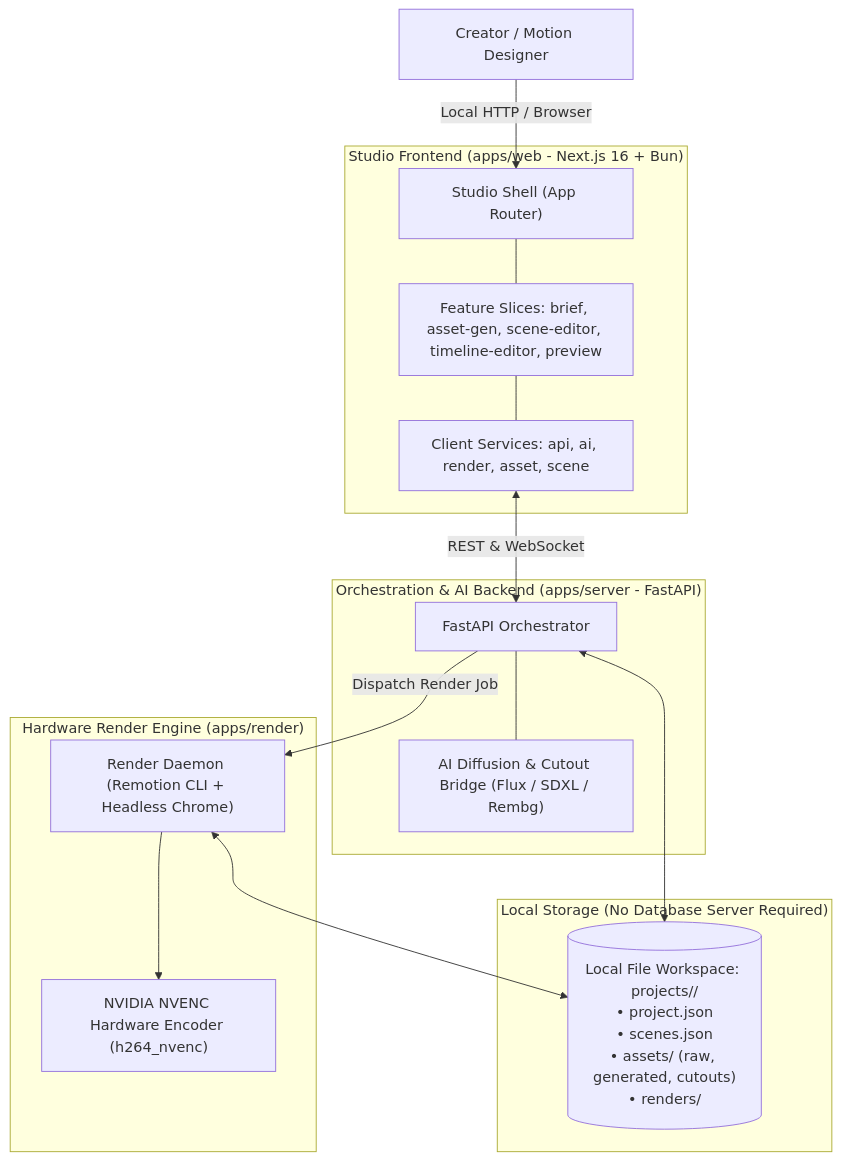
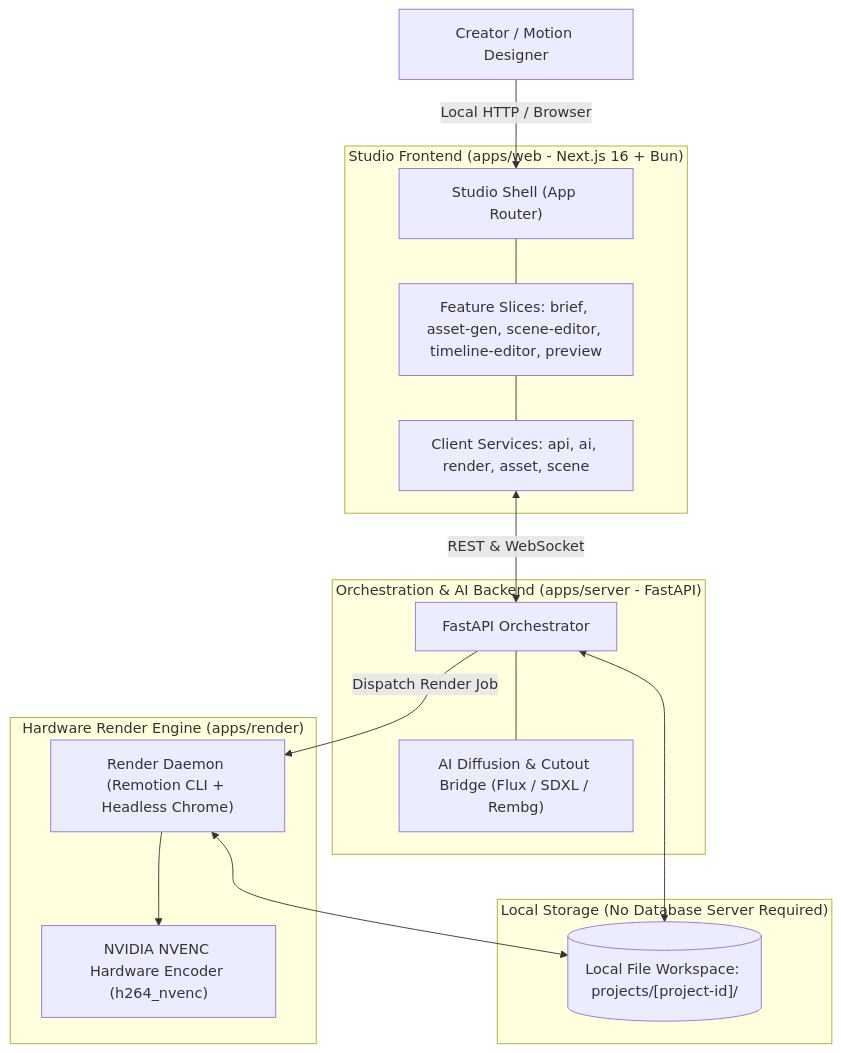
The diagram in docs/architecture/SYSTEM_OVERVIEW.md (hoanglong2206/Video-Tool), drawn with Mermaid before and after one commit. The commit also changed 8 other files, not shown here.

First line of the commit message:
fix(docs): fix Mermaid diagram syntax errors and unescaped tags

````diff
--- a/docs/architecture/SYSTEM_OVERVIEW.md
+++ b/docs/architecture/SYSTEM_OVERVIEW.md
@@ -24,34 +24,34 @@
 ```mermaid
 graph TD
     User["Creator / Motion Designer"]
 
-    subgraph "Studio Frontend (apps/web - Next.js 16 + Bun)"
+    subgraph FrontendTier ["Studio Frontend (apps/web - Next.js 16 + Bun)"]
         Web["Studio Shell (App Router)"]
         Features["Feature Slices: brief, asset-gen, scene-editor, timeline-editor, preview"]
         Services["Client Services: api, ai, render, asset, scene"]
         Web --- Features
         Features --- Services
     end
 
-    subgraph "Orchestration & AI Backend (apps/server - FastAPI)"
+    subgraph BackendTier ["Orchestration & AI Backend (apps/server - FastAPI)"]
         Server["FastAPI Orchestrator"]
         AI_Bridge["AI Diffusion & Cutout Bridge (Flux / SDXL / Rembg)"]
         Server --- AI_Bridge
     end
 
-    subgraph "Local Storage (No Database Server Required)"
-        ProjectsDir[("Local File Workspace: projects/<id>/<br/>• project.json<br/>• scenes.json<br/>• assets/ (raw, generated, cutouts)<br/>• renders/")]
+    subgraph StorageTier ["Local Storage (No Database Server Required)"]
+        ProjectsDir[("Local File Workspace: projects/[project-id]/")]
     end
 
-    subgraph "Hardware Render Engine (apps/render)"
+    subgraph RenderTier ["Hardware Render Engine (apps/render)"]
         Worker["Render Daemon (Remotion CLI + Headless Chrome)"]
         NVENC["NVIDIA NVENC Hardware Encoder (h264_nvenc)"]
         Worker --> NVENC
     end
 
     User -->|Local HTTP / Browser| Web
     Services <-->|REST & WebSocket| Server
     Server <--> ProjectsDir
     Server -->|Dispatch Render Job| Worker
     Worker <--> ProjectsDir
 ```
````
